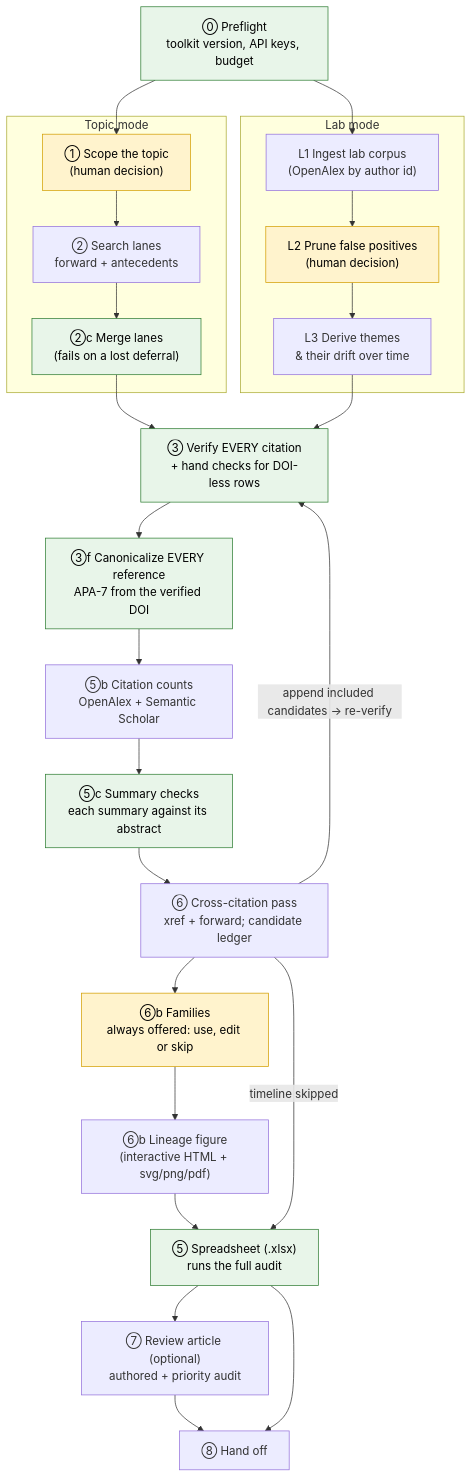
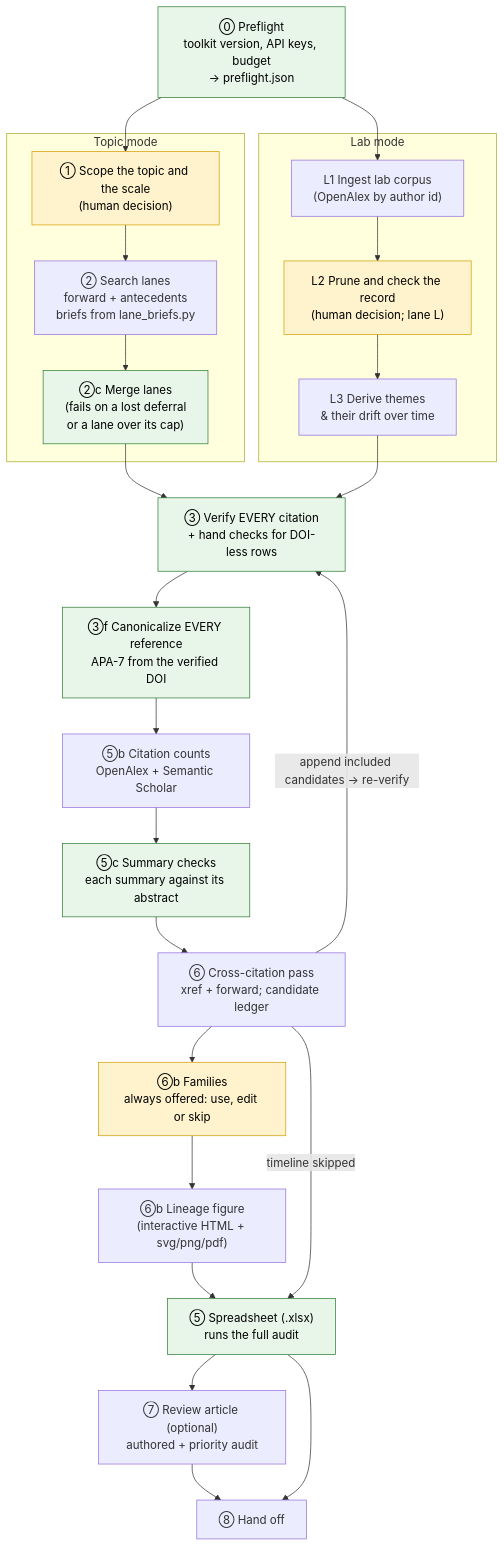
One commit to gallantlab/literature-review-toolkit changed the diagram in docs/manual.md. Above: the diagram before and after it, drawn with Mermaid. The commit also changed other lines of this file and 31 other files, not shown here.

````diff
--- a/docs/manual.md
+++ b/docs/manual.md
@@ -32,46 +36,46 @@
 ```mermaid
 flowchart TD
-    P["⓪ Preflight<br/>toolkit version, API keys, budget"]
+    P["⓪ Preflight<br/>toolkit version, API keys, budget<br/>→ preflight.json"]
 
     subgraph TOPIC["Topic mode"]
-      T1["① Scope the topic<br/>(human decision)"]
-      T2["② Search lanes<br/>forward + antecedents"]
-      T2b["②c Merge lanes<br/>(fails on a lost deferral)"]
+      T1["① Scope the topic and the scale<br/>(human decision)"]
+      T2["② Search lanes<br/>forward + antecedents<br/>briefs from lane_briefs.py"]
+      T2b["②c Merge lanes<br/>(fails on a lost deferral<br/>or a lane over its cap)"]
       T1 --> T2 --> T2b
     end
 
     subgraph LAB["Lab mode"]
       L1["L1 Ingest lab corpus<br/>(OpenAlex by author id)"]
-      L2["L2 Prune false positives<br/>(human decision)"]
+      L2["L2 Prune and check the record<br/>(human decision; lane L)"]
       L3["L3 Derive themes<br/>& their drift over time"]
       L1 --> L2 --> L3
     end
 
     P --> T1
     P --> L1
     T2b --> V
     L3 --> V
 
     V["③ Verify EVERY citation<br/>+ hand checks for DOI-less rows"]
     C["③f Canonicalize EVERY reference<br/>APA-7 from the verified DOI"]
     CC["⑤b Citation counts<br/>OpenAlex + Semantic Scholar"]
     SC["⑤c Summary checks<br/>each summary against its abstract"]
     X["⑥ Cross-citation pass<br/>xref + forward; candidate ledger"]
     F["⑥b Families<br/>always offered: use, edit or skip"]
     FIG["⑥b Lineage figure<br/>(interactive HTML + svg/png/pdf)"]
     S["⑤ Spreadsheet (.xlsx)<br/>runs the full audit"]
     W["⑦ Review article (optional)<br/>authored + priority audit"]
     H["⑧ Hand off"]
 
     V --> C --> CC --> SC --> X
     X -->|"append included candidates → re-verify"| V
     X --> F --> FIG --> S
     X -->|"timeline skipped"| S
     S --> W --> H
     S --> H
 
     classDef human fill:#fff3cd,stroke:#d39e00,color:#000;
     classDef gate fill:#e8f5e9,stroke:#2e7d32,color:#000;
     class T1,L2,F human;
     class P,T2b,V,C,SC,S gate;
 ```
````
